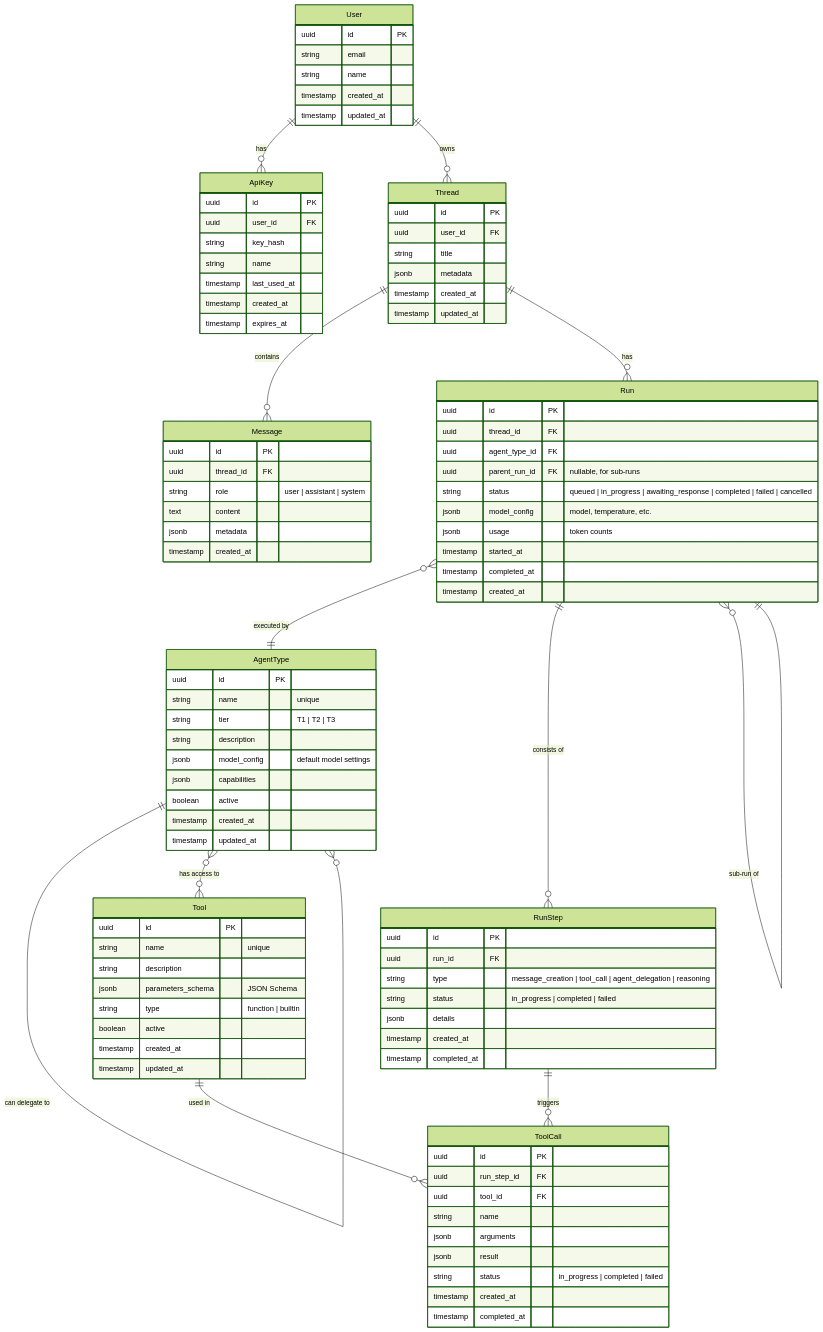
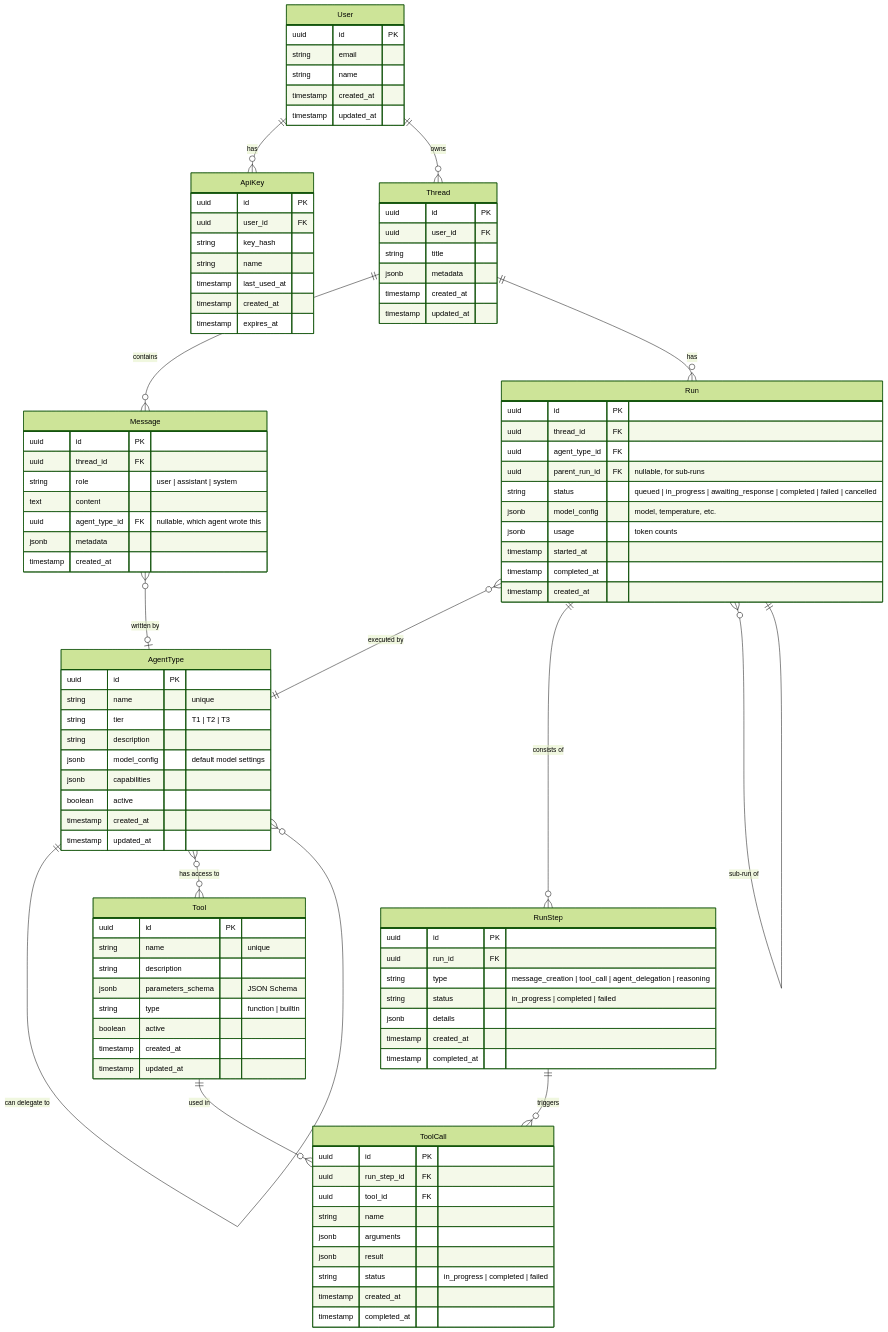
The third of 3 diagrams in docs/architecture.md (grey-gaming/ants), drawn with Mermaid (forest theme) before and after one commit. The commit also changed other lines of this file, not shown here.

Commit message:
Keep coding diff: docs/architecture.md (#2)

```diff
--- a/docs/architecture.md
+++ b/docs/architecture.md
@@ -200,6 +186,7 @@
     User ||--o{ Thread : "owns"
     Thread ||--o{ Message : "contains"
     Thread ||--o{ Run : "has"
+    Message }o--o| AgentType : "written by"
     Run }o--|| AgentType : "executed by"
     Run ||--o{ RunStep : "consists of"
     Run }o--|| Run : "sub-run of"
@@ -240,6 +227,7 @@
         uuid thread_id FK
         string role "user | assistant | system"
         text content
+        uuid agent_type_id FK "nullable, which agent wrote this"
         jsonb metadata
         timestamp created_at
     }
```
